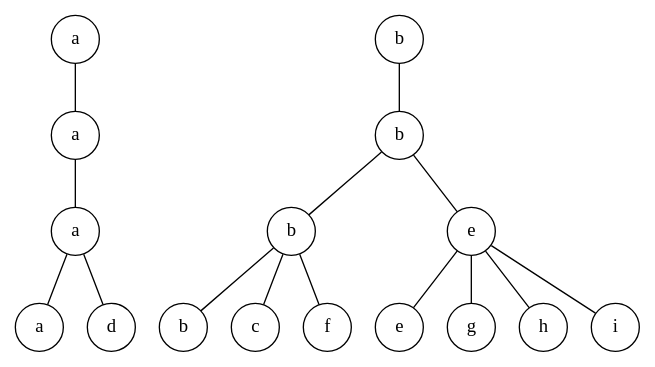
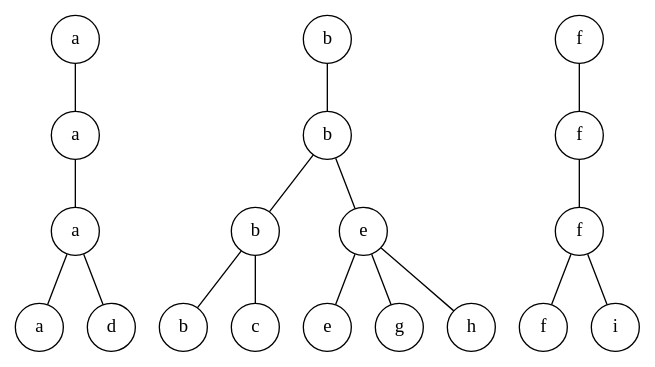
Before and after one commit to sgolodetz/thesis: the diagram in segmentation/graphs/higherlayers-d.gv, drawn with Graphviz. The commit also changed 9 other files, not shown here.

```diff
--- a/segmentation/graphs/higherlayers-d.gv
+++ b/segmentation/graphs/higherlayers-d.gv
@@ -1,36 +1,41 @@
 graph
 {
 	node [shape=circle, style=solid, label=""];
 
 	a3 -- a2;
 	b3 -- b2;
+	f3 -- f2;
 	a2 -- a1;
 	b2 -- b1;
 	b2 -- e1;
+	f2 -- f1;
 	a1 -- a0;
 	a1 -- d0;
 	b1 -- b0;
 	b1 -- c0;
-	b1 -- f0;
 	e1 -- e0;
 	e1 -- g0;
 	e1 -- h0;
-	e1 -- i0;
+	f1 -- f0;
+	f1 -- i0;
 
 	a0 [label=a];
 	a1 [label=a];
 	a2 [label=a];
 	a3 [label=a];
 	b0 [label=b];
 	b1 [label=b];
 	b2 [label=b];
 	b3 [label=b];
 	c0 [label=c];
 	d0 [label=d];
 	e0 [label=e];
 	e1 [label=e];
 	f0 [label=f];
+	f1 [label=f];
+	f2 [label=f];
+	f3 [label=f];
 	g0 [label=g];
 	h0 [label=h];
 	i0 [label=i];
 }
```
